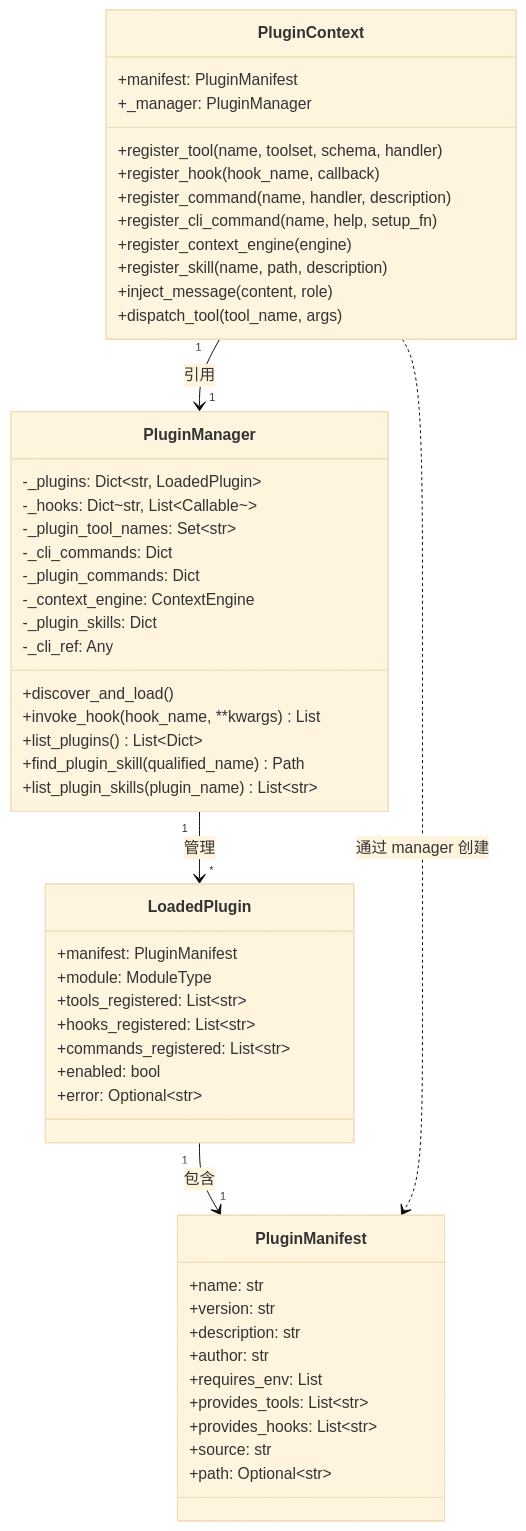
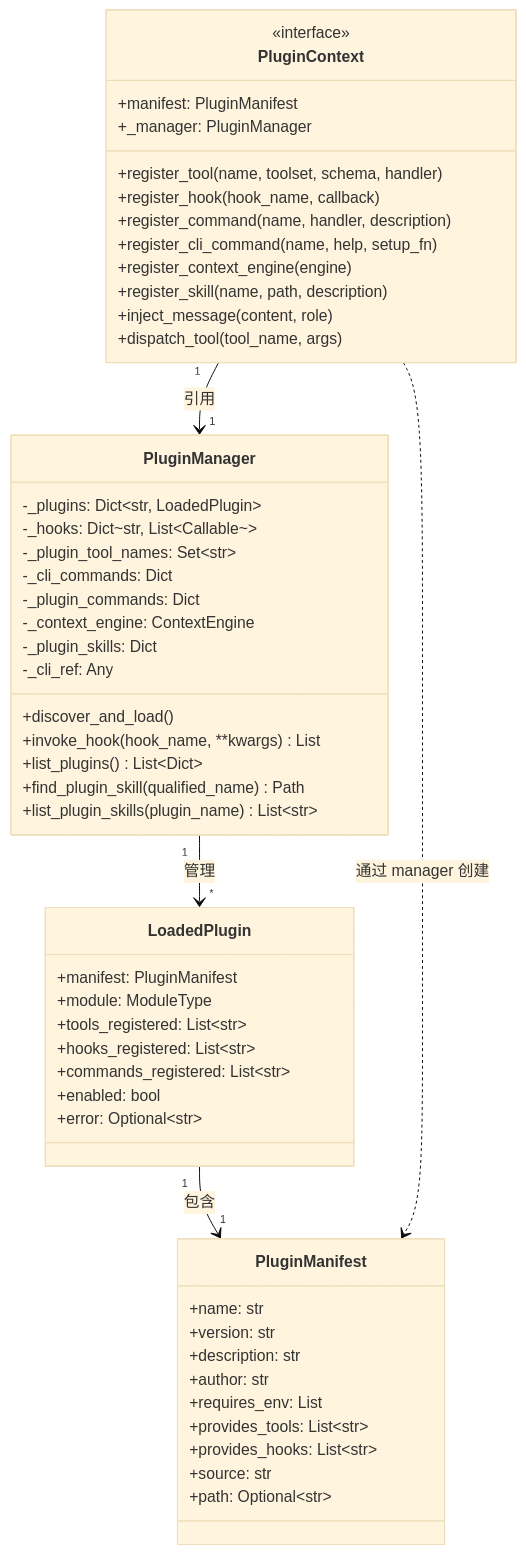
The first of 3 diagrams in chapters/plugin-system.rst (pty819/hermes-docs), drawn with Mermaid (base theme) before and after one commit. The commit also changed other lines of this file and 27 other files, not shown here.

```diff
--- a/chapters/plugin-system.rst
+++ b/chapters/plugin-system.rst
@@ -29,58 +29,59 @@
 .. mermaid::
 
    classDiagram
        class PluginManager {
            -_plugins: Dict~str, LoadedPlugin~
            -_hooks: Dict~str, List~Callable~~
            -_plugin_tool_names: Set~str~
            -_cli_commands: Dict
            -_plugin_commands: Dict
            -_context_engine: ContextEngine
            -_plugin_skills: Dict
            -_cli_ref: Any
            +discover_and_load()
            +invoke_hook(hook_name, **kwargs) List
            +list_plugins() List~Dict~
            +find_plugin_skill(qualified_name) Path
            +list_plugin_skills(plugin_name) List~str~
        }
 
        class PluginManifest {
            +name: str
            +version: str
            +description: str
            +author: str
            +requires_env: List
            +provides_tools: List~str~
            +provides_hooks: List~str~
            +source: str
            +path: Optional~str~
        }
 
        class LoadedPlugin {
            +manifest: PluginManifest
            +module: ModuleType
            +tools_registered: List~str~
            +hooks_registered: List~str~
            +commands_registered: List~str~
            +enabled: bool
            +error: Optional~str~
        }
 
        class PluginContext {
+           <<interface>>
            +manifest: PluginManifest
            +_manager: PluginManager
            +register_tool(name, toolset, schema, handler)
            +register_hook(hook_name, callback)
            +register_command(name, handler, description)
            +register_cli_command(name, help, setup_fn)
            +register_context_engine(engine)
            +register_skill(name, path, description)
            +inject_message(content, role)
            +dispatch_tool(tool_name, args)
        }
 
        PluginManager "1" --> "*" LoadedPlugin : 管理
        LoadedPlugin "1" --> "1" PluginManifest : 包含
        PluginContext "1" --> "1" PluginManager : 引用
        PluginContext ..> PluginManifest : 通过 manager 创建
```
